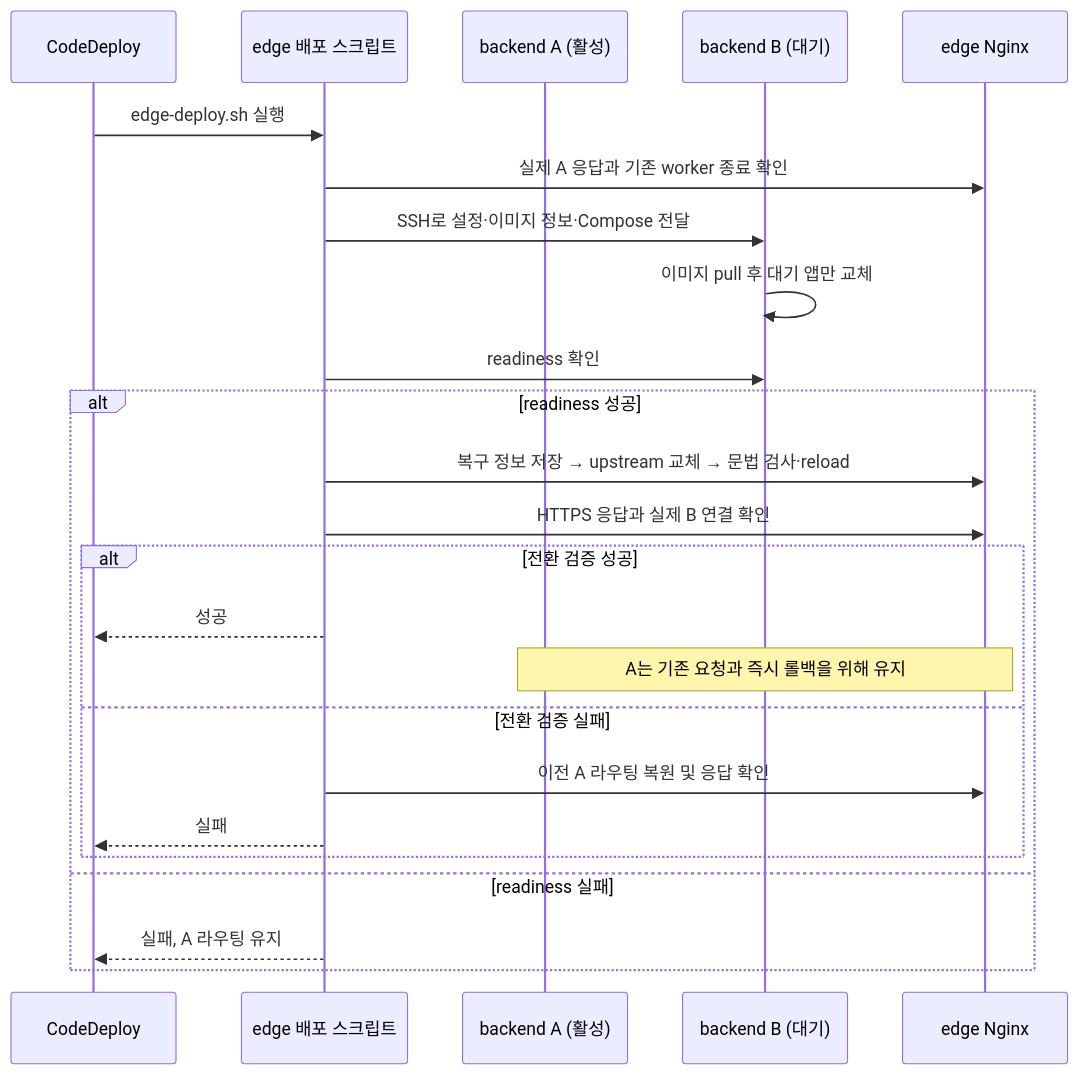
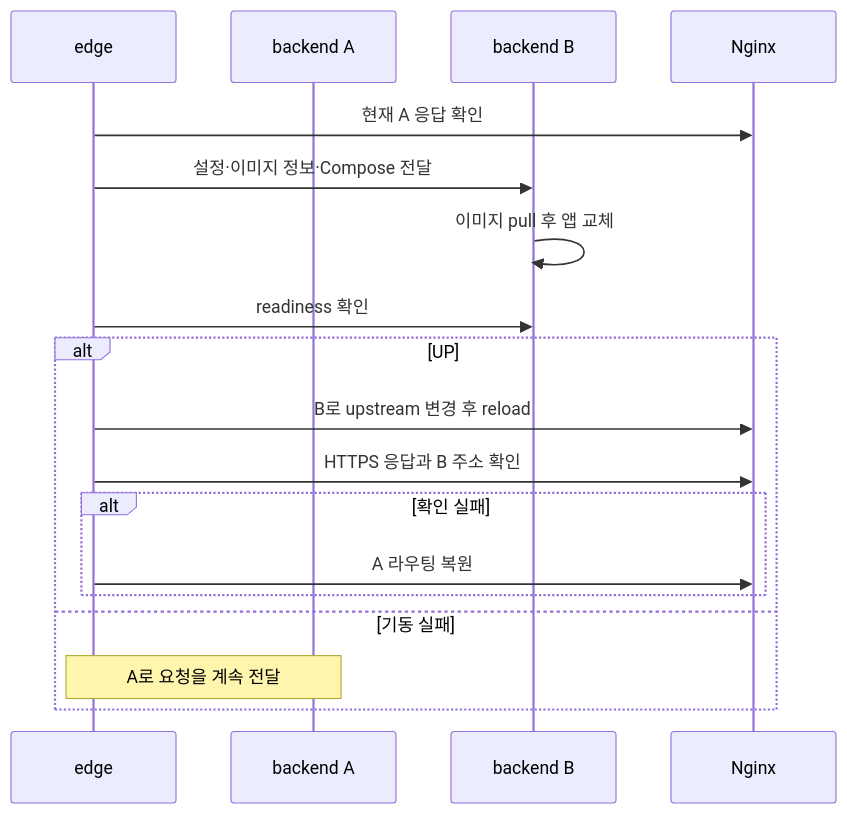
One commit to woowacourse-teams/2026-ChongChong changed the diagram in deploy/docs/edge-deployment.md. Above: the diagram before and after it, drawn with Mermaid. The commit also changed other lines of this file and 5 other files, not shown here.

````diff
--- a/deploy/docs/edge-deployment.md
+++ b/deploy/docs/edge-deployment.md
@@ -52,26 +111,20 @@
-```mermaid
+~~~mermaid
 sequenceDiagram
-    participant CD as CodeDeploy
-    participant E as edge 배포 스크립트
-    participant A as backend A (활성)
-    participant B as backend B (대기)
-    participant N as edge Nginx
-    CD->>E: edge-deploy.sh 실행
-    E->>N: 실제 A 응답과 기존 worker 종료 확인
-    E->>B: SSH로 설정·이미지 정보·Compose 전달
-    B->>B: 이미지 pull 후 대기 앱만 교체
+    participant E as edge
+    participant A as backend A
+    participant B as backend B
+    participant N as Nginx
+    E->>N: 현재 A 응답 확인
+    E->>B: 설정·이미지 정보·Compose 전달
+    B->>B: 이미지 pull 후 앱 교체
     E->>B: readiness 확인
-    alt readiness 성공
-        E->>N: 복구 정보 저장 → upstream 교체 → 문법 검사·reload
-        E->>N: HTTPS 응답과 실제 B 연결 확인
-        alt 전환 검증 성공
-            E-->>CD: 성공
-            Note over A,N: A는 기존 요청과 즉시 롤백을 위해 유지
-        else 전환 검증 실패
-            E->>N: 이전 A 라우팅 복원 및 응답 확인
-            E-->>CD: 실패
+    alt UP
+        E->>N: B로 upstream 변경 후 reload
+        E->>N: HTTPS 응답과 B 주소 확인
+        alt 확인 실패
+            E->>N: A 라우팅 복원
         end
-    else readiness 실패
-        E-->>CD: 실패, A 라우팅 유지
+    else 기동 실패
+        Note over E,A: A로 요청을 계속 전달
     end
-```
+~~~
````
